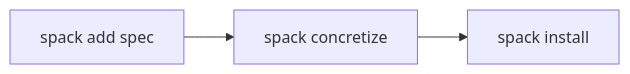
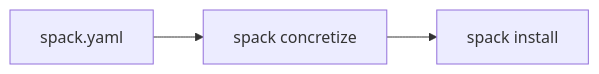
The diagram in slides.md (thomas-bouvier/slides-spack-tutorial-for-beginners), drawn with Mermaid before and after one commit. The commit also changed other lines of this file, not shown here.

````diff
--- a/slides.md
+++ b/slides.md
@@ -473,4 +506,4 @@
 ```mermaid {scale: 1.0}
 flowchart LR
-  A[spack add spec] --> B[spack concretize] --> C[spack install]
+  A[spack.yaml] --> B[spack concretize] --> C[spack install]
 ```
````
